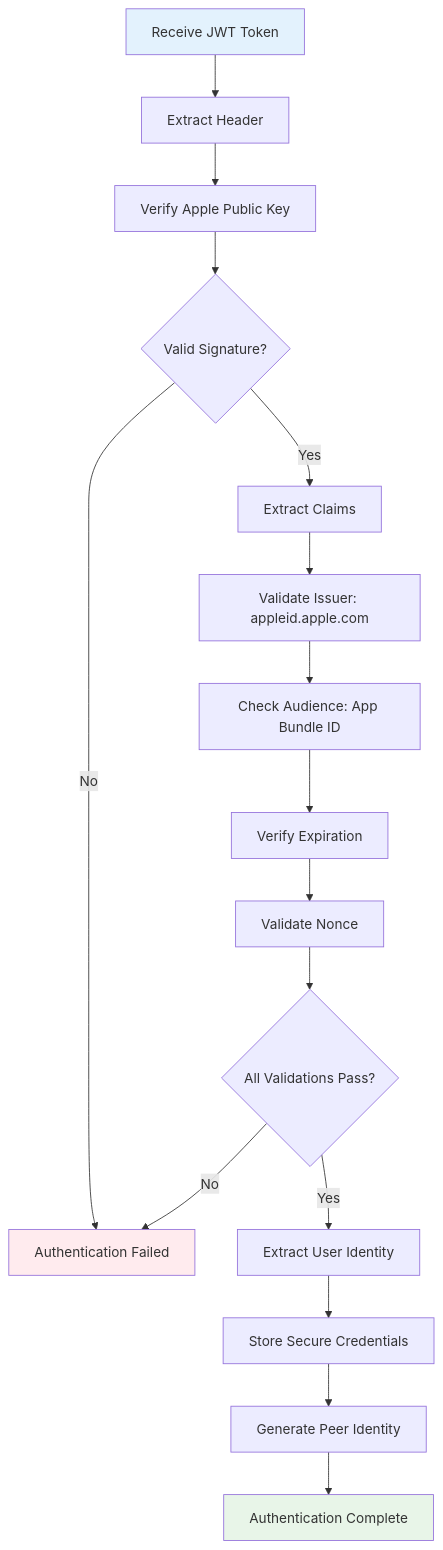
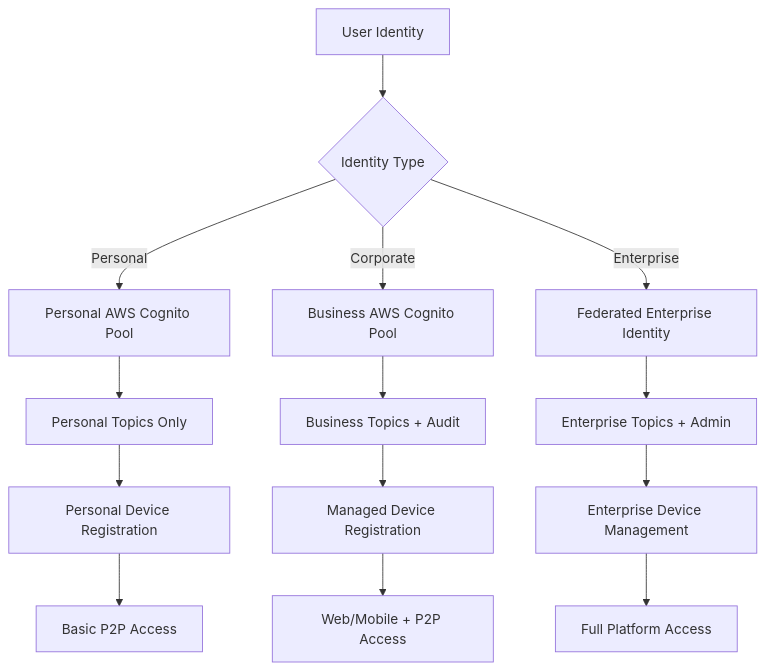
One commit to michaeloboyle/MessagePedia-WebRTC-Electron changed the sixth of 13 diagrams in docs/AUTHENTICATION-STRATEGY.md. Above: the diagram before and after it, drawn with Mermaid. The commit also changed other lines of this file and 37 other files, not shown here.

````diff
--- a/docs/AUTHENTICATION-STRATEGY.md
+++ b/docs/AUTHENTICATION-STRATEGY.md
@@ -101,26 +198,20 @@
 ```mermaid
 flowchart TD
-    A[Receive JWT Token] --> B[Extract Header]
-    B --> C[Verify Apple Public Key]
-    C --> D{Valid Signature?}
+    A[User Identity] --> B{Identity Type}
     
-    D -->|No| E[Authentication Failed]
-    D -->|Yes| F[Extract Claims]
+    B -->|Personal| C[Personal AWS Cognito Pool]
+    B -->|Corporate| D[Business AWS Cognito Pool]
+    B -->|Enterprise| E[Federated Enterprise Identity]
     
-    F --> G[Validate Issuer: appleid.apple.com]
-    G --> H[Check Audience: App Bundle ID]
-    H --> I[Verify Expiration]
-    I --> J[Validate Nonce]
+    C --> F[Personal Topics Only]
+    D --> G[Business Topics + Audit]
+    E --> H[Enterprise Topics + Admin]
     
-    J --> K{All Validations Pass?}
-    K -->|No| E
-    K -->|Yes| L[Extract User Identity]
+    F --> I[Personal Device Registration]
+    G --> J[Managed Device Registration]
+    H --> K[Enterprise Device Management]
     
-    L --> M[Store Secure Credentials]
-    M --> N[Generate Peer Identity]
-    N --> O[Authentication Complete]
-    
-    style A fill:#e3f2fd
-    style O fill:#e8f5e8
-    style E fill:#ffebee
+    I --> L[Basic P2P Access]
+    J --> M[Web/Mobile + P2P Access]
+    K --> N[Full Platform Access]
 ```
````
